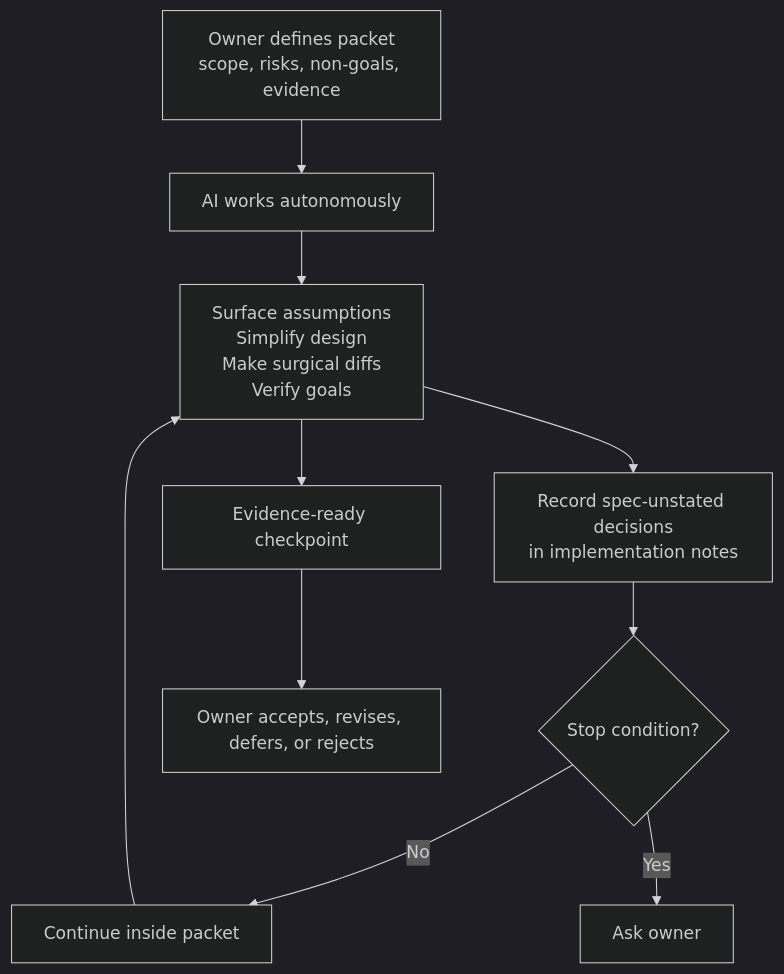
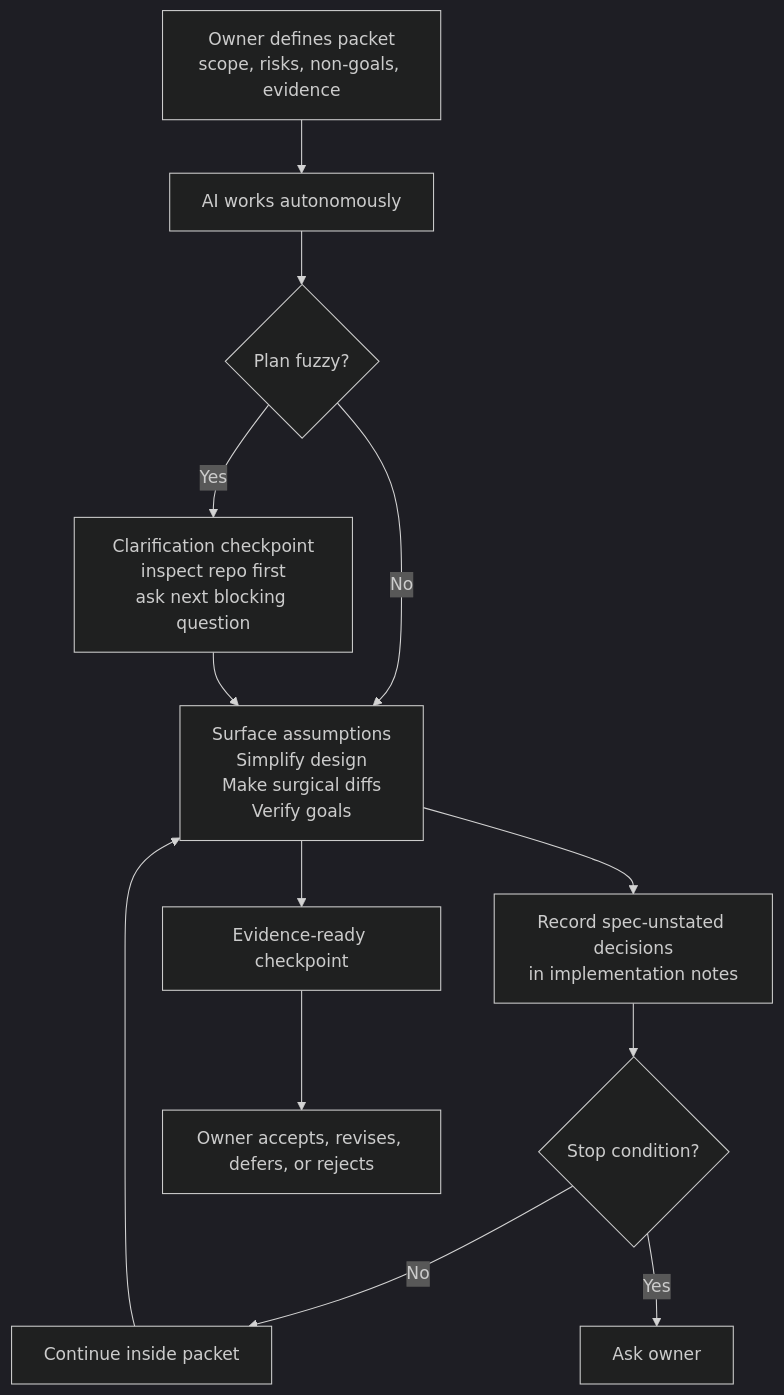
The fifth of 6 diagrams in docs/diagrams.md (LiveTrack-X/spec-driven-ai-development), drawn with Mermaid (dark theme) before and after one commit. The commit also changed 45 other files, not shown here.

Commit message:
Add clarification checkpoint guidance

````diff
--- a/docs/diagrams.md
+++ b/docs/diagrams.md
@@ -76,12 +76,15 @@
 ```mermaid
 flowchart TD
     O["Owner defines packet\nscope, risks, non-goals, evidence"] --> A["AI works autonomously"]
-    A --> B["Surface assumptions\nSimplify design\nMake surgical diffs\nVerify goals"]
+    A --> Q{"Plan fuzzy?"}
+    Q -- "Yes" --> P["Clarification checkpoint\ninspect repo first\nask next blocking question"]
+    Q -- "No" --> B["Surface assumptions\nSimplify design\nMake surgical diffs\nVerify goals"]
+    P --> B
     B --> N["Record spec-unstated decisions\nin implementation notes"]
     N --> C{"Stop condition?"}
     C -- "No" --> D["Continue inside packet"]
     D --> B
     C -- "Yes" --> E["Ask owner"]
     B --> F["Evidence-ready checkpoint"]
     F --> G["Owner accepts, revises, defers, or rejects"]
 ```
````
